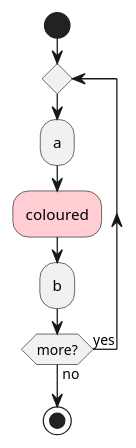
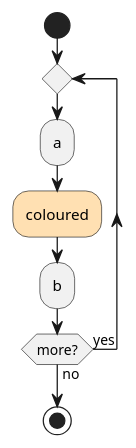
Before and after one commit to livingstaccato/afriend: the seventh of 18 diagrams in .provide/plantuml-1.2026.7-regression-issue.md, drawn with PlantUML. The commit also changed other lines of this file, not shown here.

First line of the commit message:
docs: correct the PlantUML regression draft against what renders

````diff
--- a/.provide/plantuml-1.2026.7-regression-issue.md
+++ b/.provide/plantuml-1.2026.7-regression-issue.md
@@ -77,11 +192,11 @@
 ```plantuml
-@startuml repro2
+@startuml s5_repeat_body_c
 start
 repeat
   :a;
-  #FFCDD2:coloured;
+  #FFE0B2:coloured;
   :b;
 repeat while (more?) is (yes) not (no)
 stop
 @enduml
 ```
````
